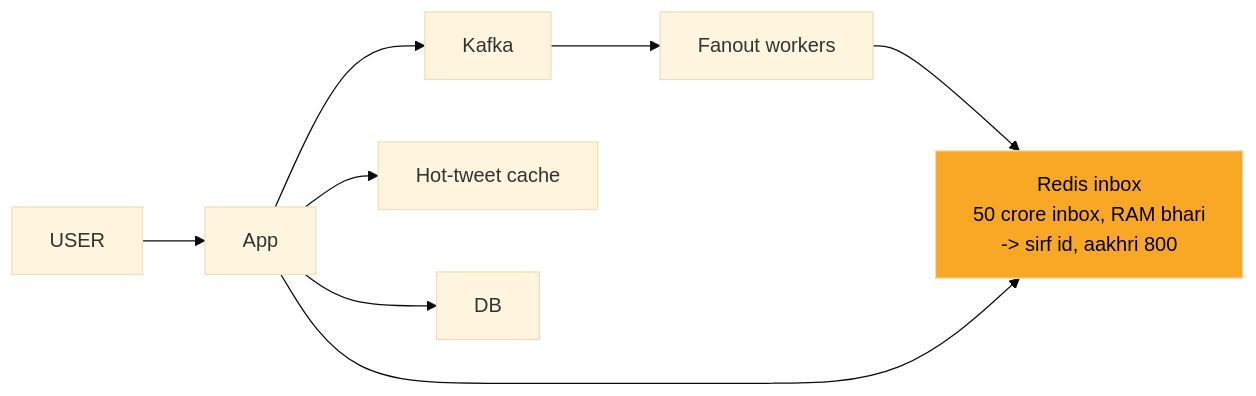
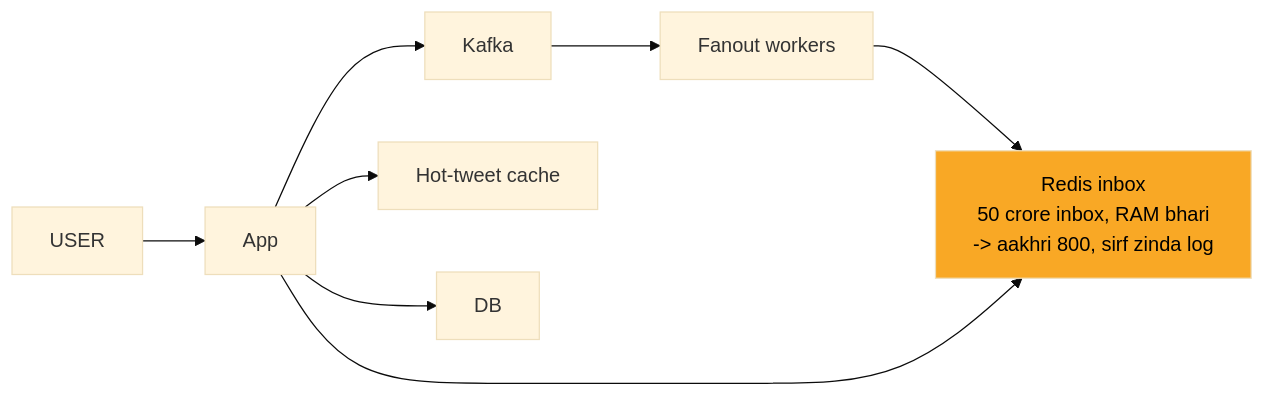
One commit to ArpanMaheshwari144/Prep changed the sixth of 12 diagrams in 04_HLD/SYSTEM_DESIGNS/03_twitter_feed/03_twitter_feed.md. Above: the diagram before and after it, drawn with Mermaid (base theme). The commit also changed other lines of this file and 1 other file, not shown here.

````diff
--- a/04_HLD/SYSTEM_DESIGNS/03_twitter_feed/03_twitter_feed.md
+++ b/04_HLD/SYSTEM_DESIGNS/03_twitter_feed/03_twitter_feed.md
@@ -240,18 +240,18 @@
 ```mermaid
 flowchart LR
     n_USER["USER"]
     n_App["App"]
     n_Kafka["Kafka"]
     n_Fanout_workers["Fanout workers"]
-    n_Redis_inbox["Redis inbox<br/>50 crore inbox, RAM bhari<br/>-> sirf id, aakhri 800"]
+    n_Redis_inbox["Redis inbox<br/>50 crore inbox, RAM bhari<br/>-> aakhri 800, sirf zinda log"]
     n_Hot_tweet_cache["Hot-tweet cache"]
     n_DB["DB"]
     n_USER --> n_App
     n_App --> n_Kafka
     n_App --> n_Hot_tweet_cache
     n_App --> n_DB
     n_Kafka --> n_Fanout_workers
     n_Fanout_workers --> n_Redis_inbox
     n_App --> n_Redis_inbox
     style n_Redis_inbox fill:#f9a825,color:#000
 ```
````
